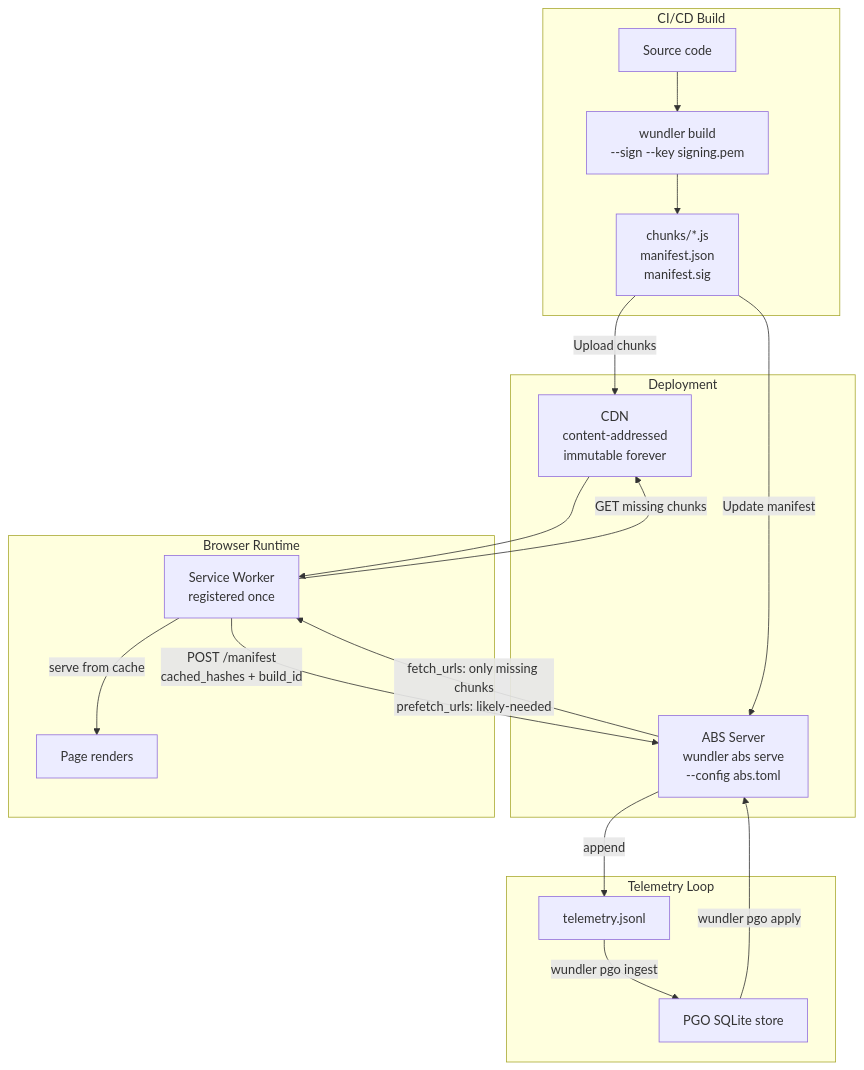
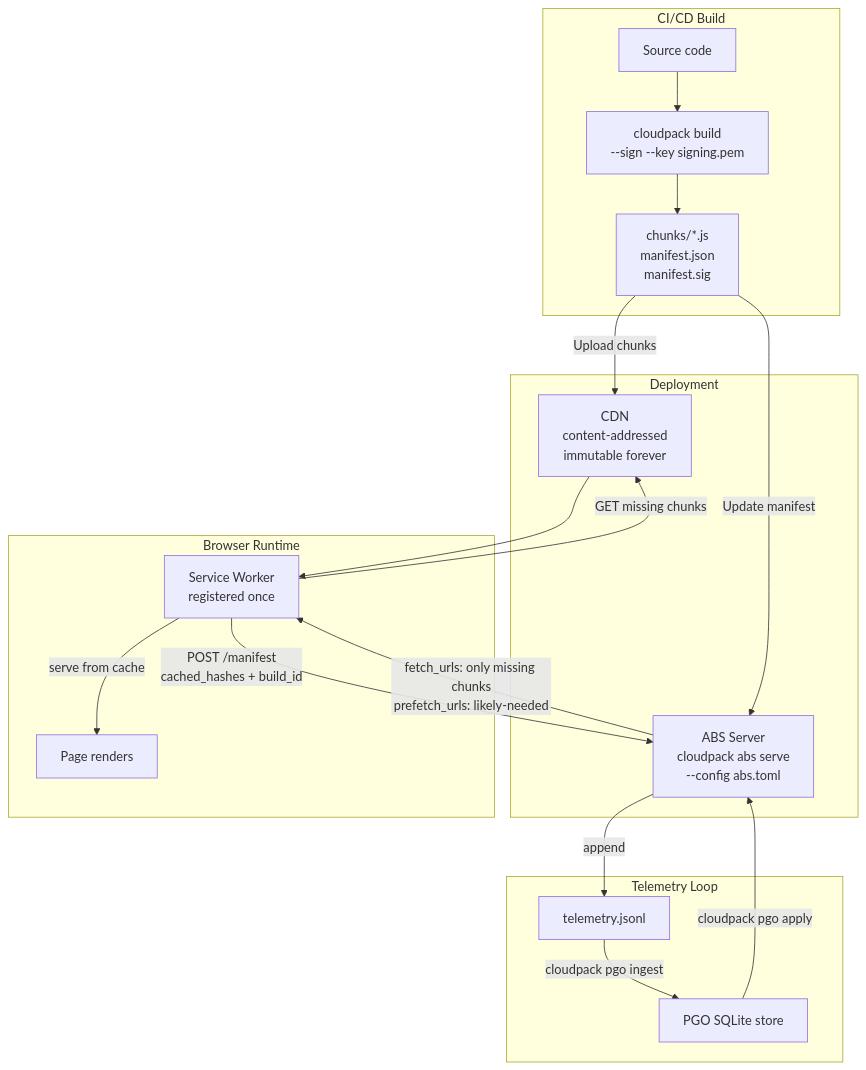
The fifth of 8 diagrams in docs/WORKFLOWS.md (kenotron-ms/wundler), drawn with Mermaid before and after one commit. The commit also changed other lines of this file and 394 other files, not shown here.

Commit message:
chore: rename project wundler → cloudpack

````diff
--- a/docs/WORKFLOWS.md
+++ b/docs/WORKFLOWS.md
@@ -117,26 +117,26 @@
 ```mermaid
 flowchart TD
     subgraph Build["CI/CD Build"]
-        A[Source code] --> B[wundler build<br/>--sign --key signing.pem]
+        A[Source code] --> B[cloudpack build<br/>--sign --key signing.pem]
         B --> C[chunks/*.js<br/>manifest.json<br/>manifest.sig]
     end
 
     subgraph Deploy["Deployment"]
         C -->|Upload chunks| CDN[CDN<br/>content-addressed<br/>immutable forever]
-        C -->|Update manifest| ABS[ABS Server<br/>wundler abs serve<br/>--config abs.toml]
+        C -->|Update manifest| ABS[ABS Server<br/>cloudpack abs serve<br/>--config abs.toml]
     end
 
     subgraph Browser["Browser Runtime"]
         SW[Service Worker<br/>registered once] -->|POST /manifest<br/>cached_hashes + build_id| ABS
         ABS -->|fetch_urls: only missing chunks<br/>prefetch_urls: likely-needed| SW
         SW -->|GET missing chunks| CDN
         CDN --> SW
         SW -->|serve from cache| Page[Page renders]
     end
 
     subgraph Telemetry["Telemetry Loop"]
         ABS -->|append| Log[telemetry.jsonl]
-        Log -->|wundler pgo ingest| PGO[PGO SQLite store]
-        PGO -->|wundler pgo apply| ABS
+        Log -->|cloudpack pgo ingest| PGO[PGO SQLite store]
+        PGO -->|cloudpack pgo apply| ABS
     end
 ```
````
